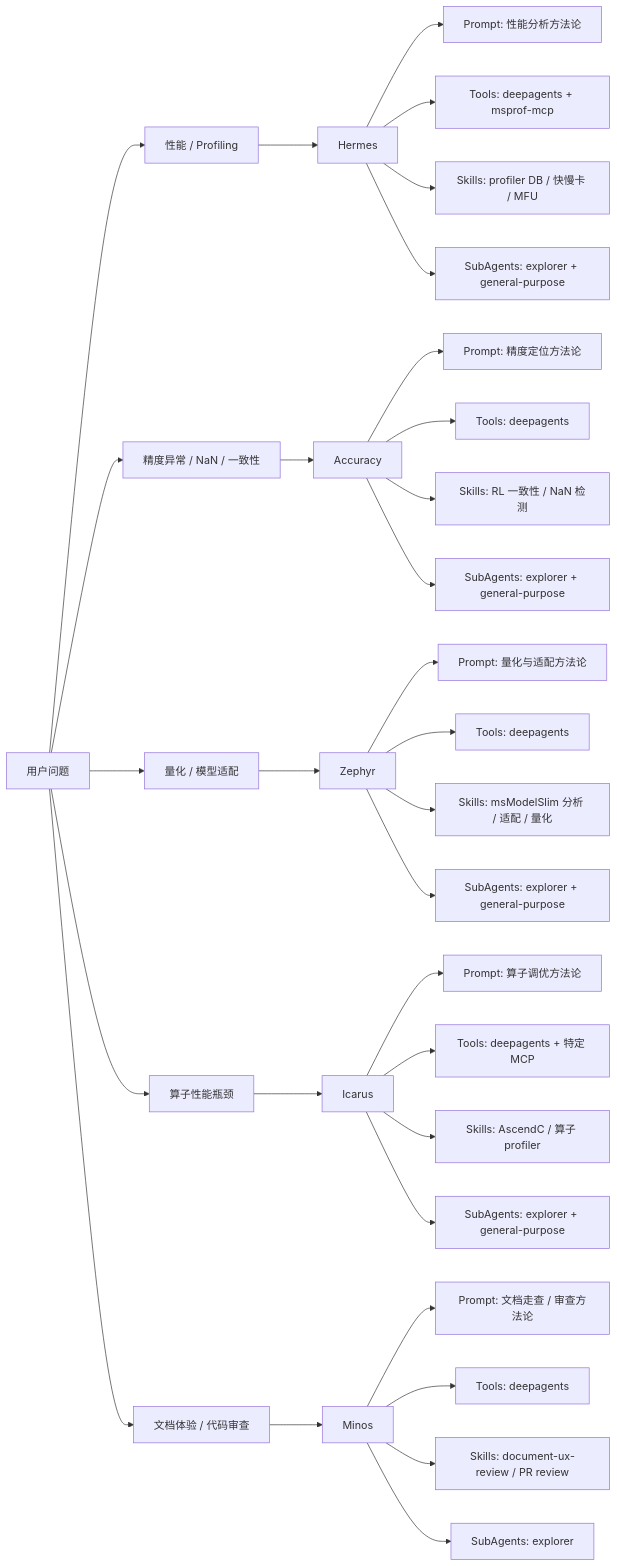
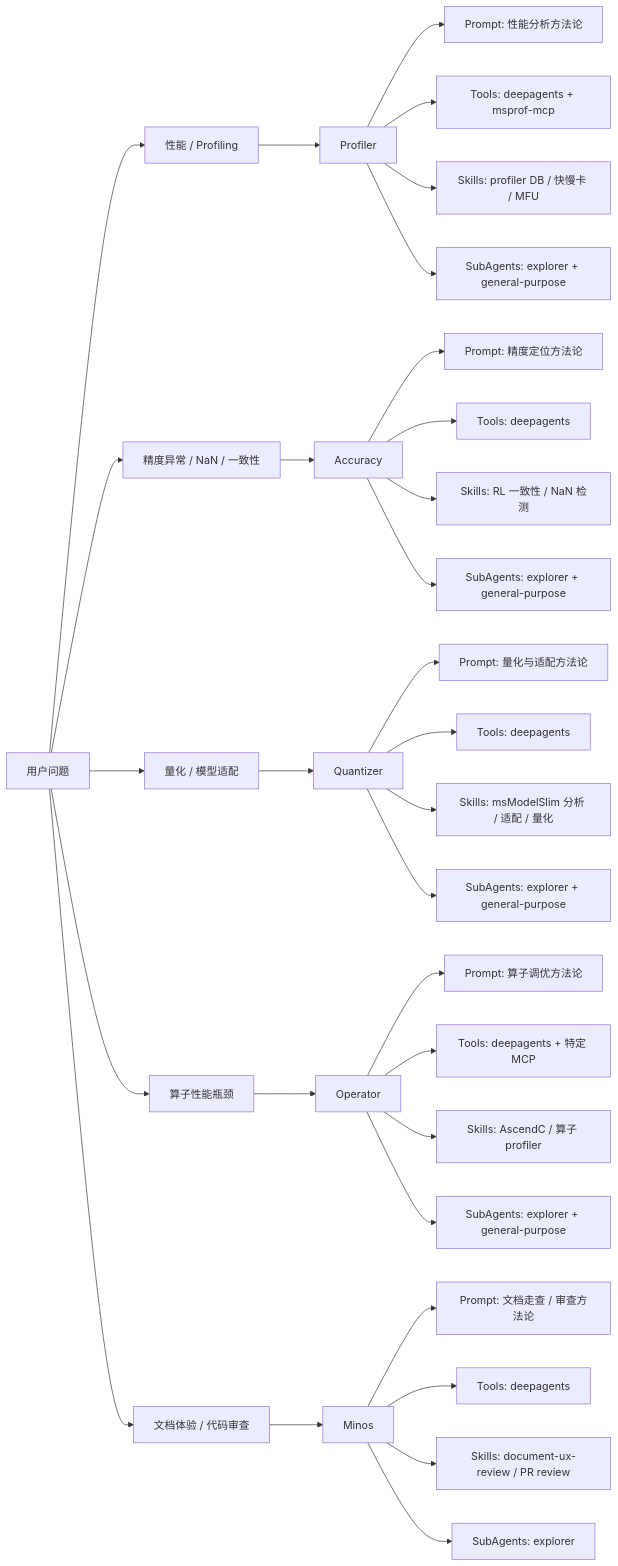
Before and after one commit to kali20gakki/msAgent: the third of 6 diagrams in docs/zh/design/msagent_design.md, drawn with Mermaid. The commit also changed other lines of this file and 25 other files, not shown here.

````diff
--- a/docs/zh/design/msagent_design.md
+++ b/docs/zh/design/msagent_design.md
@@ -220,39 +220,39 @@
 ```mermaid
 flowchart LR
     U["用户问题"] --> Q1["性能 / Profiling"]
     U --> Q2["精度异常 / NaN / 一致性"]
     U --> Q3["量化 / 模型适配"]
     U --> Q4["算子性能瓶颈"]
     U --> Q5["文档体验 / 代码审查"]
 
-    Q1 --> H["Hermes"]
+    Q1 --> H["Profiler"]
     Q2 --> A["Accuracy"]
-    Q3 --> Z["Zephyr"]
-    Q4 --> I["Icarus"]
+    Q3 --> Z["Quantizer"]
+    Q4 --> I["Operator"]
     Q5 --> M["Minos"]
 
     H --> H1["Prompt: 性能分析方法论"]
     H --> H2["Tools: deepagents + msprof-mcp"]
     H --> H3["Skills: profiler DB / 快慢卡 / MFU"]
     H --> H4["SubAgents: explorer + general-purpose"]
 
     A --> A1["Prompt: 精度定位方法论"]
     A --> A2["Tools: deepagents"]
     A --> A3["Skills: RL 一致性 / NaN 检测"]
     A --> A4["SubAgents: explorer + general-purpose"]
 
     Z --> Z1["Prompt: 量化与适配方法论"]
     Z --> Z2["Tools: deepagents"]
     Z --> Z3["Skills: msModelSlim 分析 / 适配 / 量化"]
     Z --> Z4["SubAgents: explorer + general-purpose"]
 
     I --> I1["Prompt: 算子调优方法论"]
     I --> I2["Tools: deepagents + 特定 MCP"]
     I --> I3["Skills: AscendC / 算子 profiler"]
     I --> I4["SubAgents: explorer + general-purpose"]
 
     M --> M1["Prompt: 文档走查 / 审查方法论"]
     M --> M2["Tools: deepagents"]
     M --> M3["Skills: document-ux-review / PR review"]
     M --> M4["SubAgents: explorer"]
 ```
````
